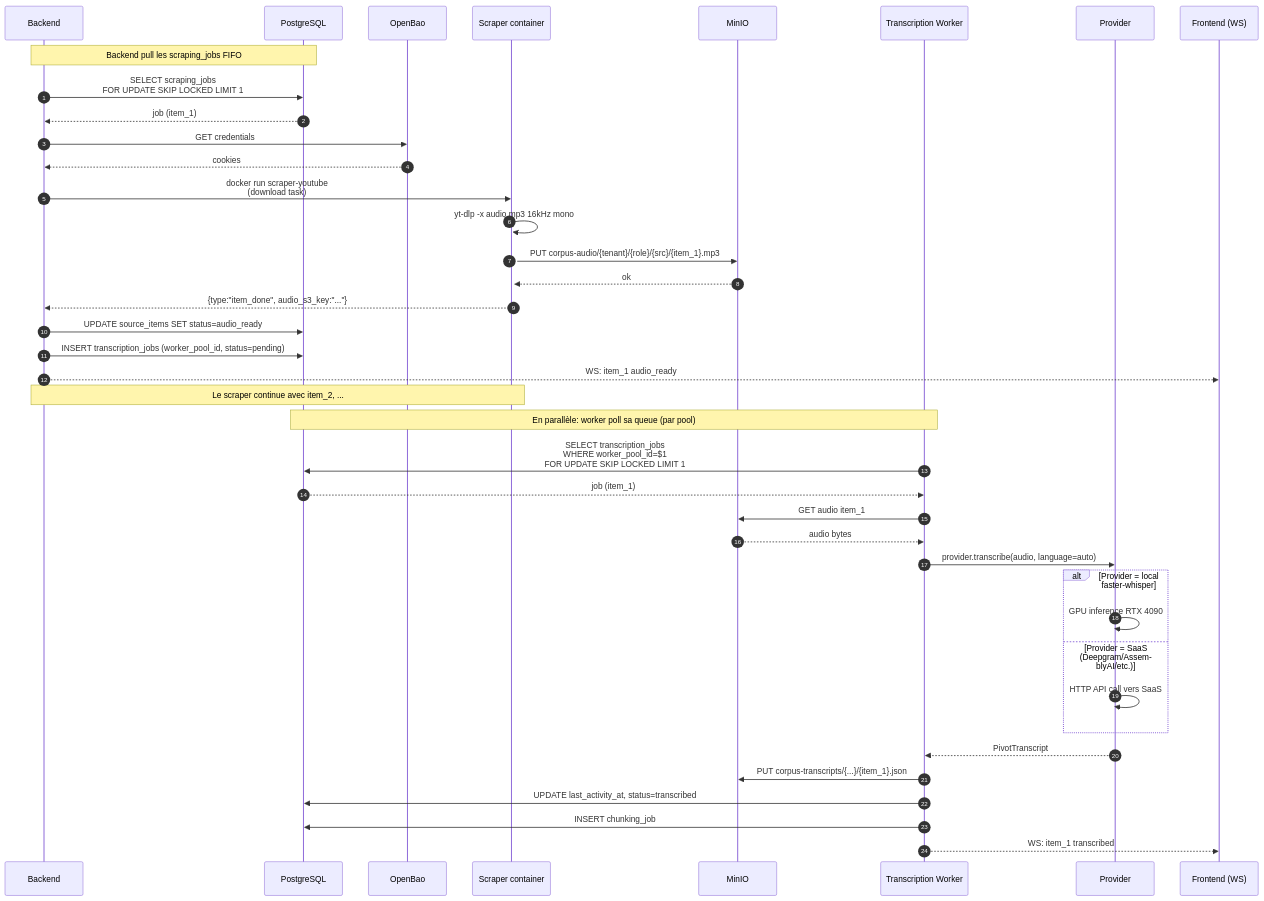
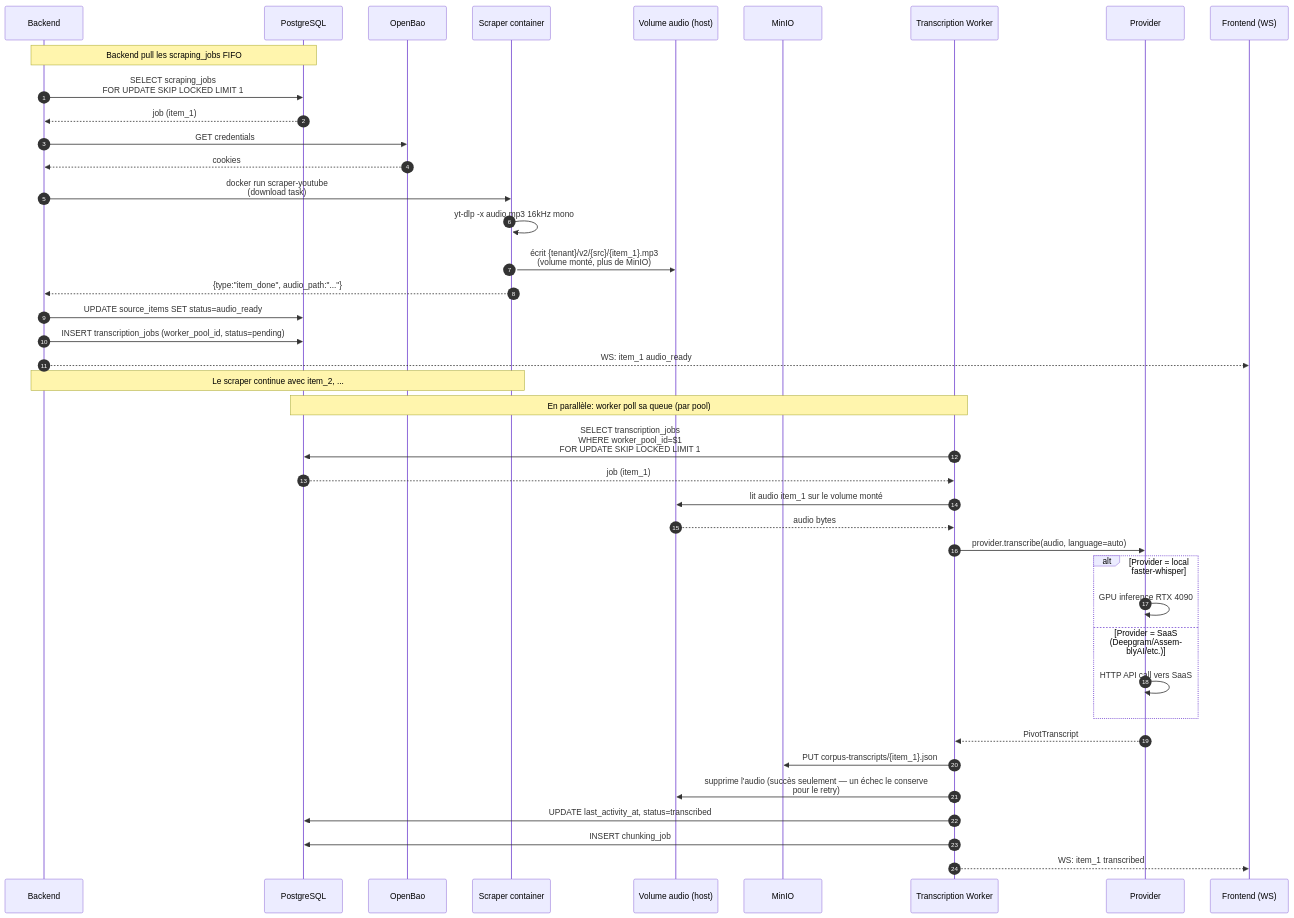
Before and after one commit to ag-flow/roles: the third of 12 diagrams in docs/specs/11-sequence-diagrams.md, drawn with Mermaid. The commit also changed other lines of this file and 7 other files, not shown here.

First line of the commit message:
docs: aligner contrat et specs sur le retrait de l'upload et du relais MinIO

````diff
--- a/docs/specs/11-sequence-diagrams.md
+++ b/docs/specs/11-sequence-diagrams.md
@@ -96,51 +105,52 @@
 ```mermaid
 sequenceDiagram
     autonumber
     participant BE as Backend
     participant DB as PostgreSQL
     participant OB as OpenBao
     participant SC as Scraper container
+    participant VOL as Volume audio (host)
     participant MIO as MinIO
     participant TW as Transcription Worker
     participant PR as Provider
     participant FE as Frontend (WS)
 
     Note over BE,DB: Backend pull les scraping_jobs FIFO
 
     BE->>DB: SELECT scraping_jobs<br/>FOR UPDATE SKIP LOCKED LIMIT 1
     DB-->>BE: job (item_1)
     BE->>OB: GET credentials
     OB-->>BE: cookies
     BE->>SC: docker run scraper-youtube<br/>(download task)
     activate SC
 
     SC->>SC: yt-dlp -x audio mp3 16kHz mono
-    SC->>MIO: PUT corpus-audio/{tenant}/{role}/{src}/{item_1}.mp3
-    MIO-->>SC: ok
-    SC-->>BE: {type:"item_done", audio_s3_key:"..."}
+    SC->>VOL: écrit {tenant}/v2/{src}/{item_1}.mp3<br/>(volume monté, plus de MinIO)
+    SC-->>BE: {type:"item_done", audio_path:"..."}
     BE->>DB: UPDATE source_items SET status=audio_ready
     BE->>DB: INSERT transcription_jobs (worker_pool_id, status=pending)
     BE-->>FE: WS: item_1 audio_ready
 
     Note over SC,BE: Le scraper continue avec item_2, ...
 
     Note over TW,DB: En parallèle: worker poll sa queue (par pool)
 
     TW->>DB: SELECT transcription_jobs<br/>WHERE worker_pool_id=$1<br/>FOR UPDATE SKIP LOCKED LIMIT 1
     DB-->>TW: job (item_1)
-    TW->>MIO: GET audio item_1
-    MIO-->>TW: audio bytes
+    TW->>VOL: lit audio item_1 sur le volume monté
+    VOL-->>TW: audio bytes
     TW->>PR: provider.transcribe(audio, language=auto)
 
     alt Provider = local faster-whisper
         PR->>PR: GPU inference RTX 4090
     else Provider = SaaS (Deepgram/AssemblyAI/etc.)
         PR->>PR: HTTP API call vers SaaS
     end
 
     PR-->>TW: PivotTranscript
-    TW->>MIO: PUT corpus-transcripts/{...}/{item_1}.json
+    TW->>MIO: PUT corpus-transcripts/{item_1}.json
+    TW->>VOL: supprime l'audio (succès seulement — un échec le conserve<br/>pour le retry)
     TW->>DB: UPDATE last_activity_at, status=transcribed
     TW->>DB: INSERT chunking_job
     TW-->>FE: WS: item_1 transcribed
 ```
````
